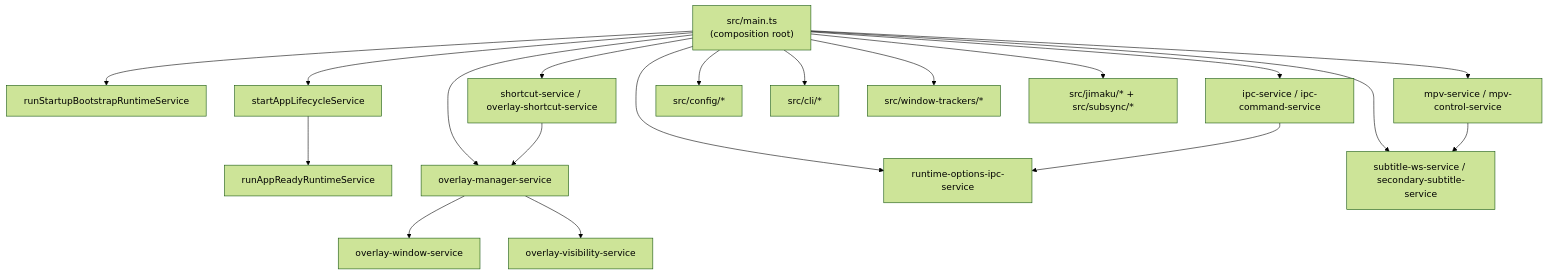
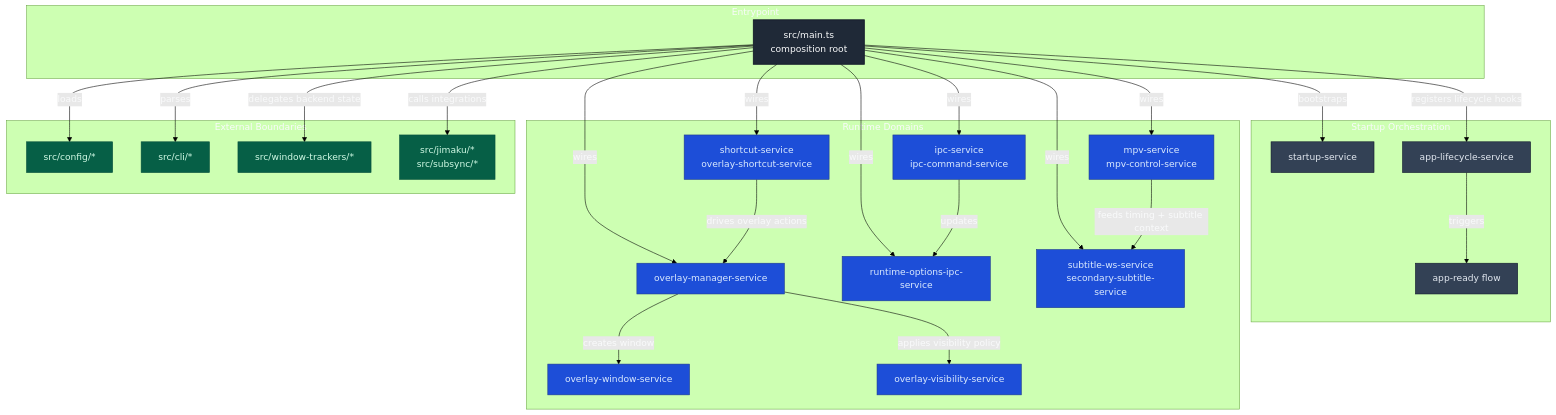
The first of 2 diagrams in docs/architecture.md (ksyasuda/SubMiner), drawn with Mermaid (forest theme) before and after one commit. The commit also changed other lines of this file and 15 other files, not shown here.

````diff
--- a/docs/architecture.md
+++ b/docs/architecture.md
@@ -40,24 +51,61 @@
 ```mermaid
 flowchart TD
-  Main["src/main.ts\n(composition root)"] --> Startup["runStartupBootstrapRuntimeService"]
-  Main --> Lifecycle["startAppLifecycleService"]
-  Lifecycle --> AppReady["runAppReadyRuntimeService"]
+  classDef root fill:#1f2937,stroke:#111827,color:#f9fafb,stroke-width:1.5px;
+  classDef orchestration fill:#334155,stroke:#0f172a,color:#e2e8f0;
+  classDef domain fill:#1d4ed8,stroke:#1e3a8a,color:#dbeafe;
+  classDef boundary fill:#065f46,stroke:#064e3b,color:#d1fae5;
 
-  Main --> OverlayMgr["overlay-manager-service"]
-  Main --> Ipc["ipc-service / ipc-command-service"]
-  Main --> Mpv["mpv-service / mpv-control-service"]
-  Main --> Shortcuts["shortcut-service / overlay-shortcut-service"]
-  Main --> RuntimeOpts["runtime-options-ipc-service"]
-  Main --> Subtitle["subtitle-ws-service / secondary-subtitle-service"]
+  subgraph Entry["Entrypoint"]
+    Main["src/main.ts\ncomposition root"]
+  end
+  class Main root;
 
-  Main --> Config["src/config/*"]
-  Main --> Cli["src/cli/*"]
-  Main --> Trackers["src/window-trackers/*"]
-  Main --> Integrations["src/jimaku/* + src/subsync/*"]
+  subgraph Boot["Startup Orchestration"]
+    Startup["startup-service"]
+    Lifecycle["app-lifecycle-service"]
+    AppReady["app-ready flow"]
+  end
+  class Startup,Lifecycle,AppReady orchestration;
 
-  OverlayMgr --> OverlayWindow["overlay-window-service"]
-  OverlayMgr --> OverlayVisibility["overlay-visibility-service"]
-  Mpv --> Subtitle
-  Ipc --> RuntimeOpts
-  Shortcuts --> OverlayMgr
+  subgraph Runtime["Runtime Domains"]
+    OverlayMgr["overlay-manager-service"]
+    OverlayWindow["overlay-window-service"]
+    OverlayVisibility["overlay-visibility-service"]
+    Ipc["ipc-service\nipc-command-service"]
+    RuntimeOpts["runtime-options-ipc-service"]
+    Mpv["mpv-service\nmpv-control-service"]
+    Subtitle["subtitle-ws-service\nsecondary-subtitle-service"]
+    Shortcuts["shortcut-service\noverlay-shortcut-service"]
+  end
+  class OverlayMgr,OverlayWindow,OverlayVisibility,Ipc,RuntimeOpts,Mpv,Subtitle,Shortcuts domain;
+
+  subgraph Adapters["External Boundaries"]
+    Config["src/config/*"]
+    Cli["src/cli/*"]
+    Trackers["src/window-trackers/*"]
+    Integrations["src/jimaku/*\nsrc/subsync/*"]
+  end
+  class Config,Cli,Trackers,Integrations boundary;
+
+  Main -->|bootstraps| Startup
+  Main -->|registers lifecycle hooks| Lifecycle
+  Lifecycle -->|triggers| AppReady
+
+  Main -->|wires| OverlayMgr
+  Main -->|wires| Ipc
+  Main -->|wires| Mpv
+  Main -->|wires| Shortcuts
+  Main -->|wires| RuntimeOpts
+  Main -->|wires| Subtitle
+
+  Main -->|loads| Config
+  Main -->|parses| Cli
+  Main -->|delegates backend state| Trackers
+  Main -->|calls integrations| Integrations
+
+  OverlayMgr -->|creates window| OverlayWindow
+  OverlayMgr -->|applies visibility policy| OverlayVisibility
+  Ipc -->|updates| RuntimeOpts
+  Mpv -->|feeds timing + subtitle context| Subtitle
+  Shortcuts -->|drives overlay actions| OverlayMgr
 ```
````
